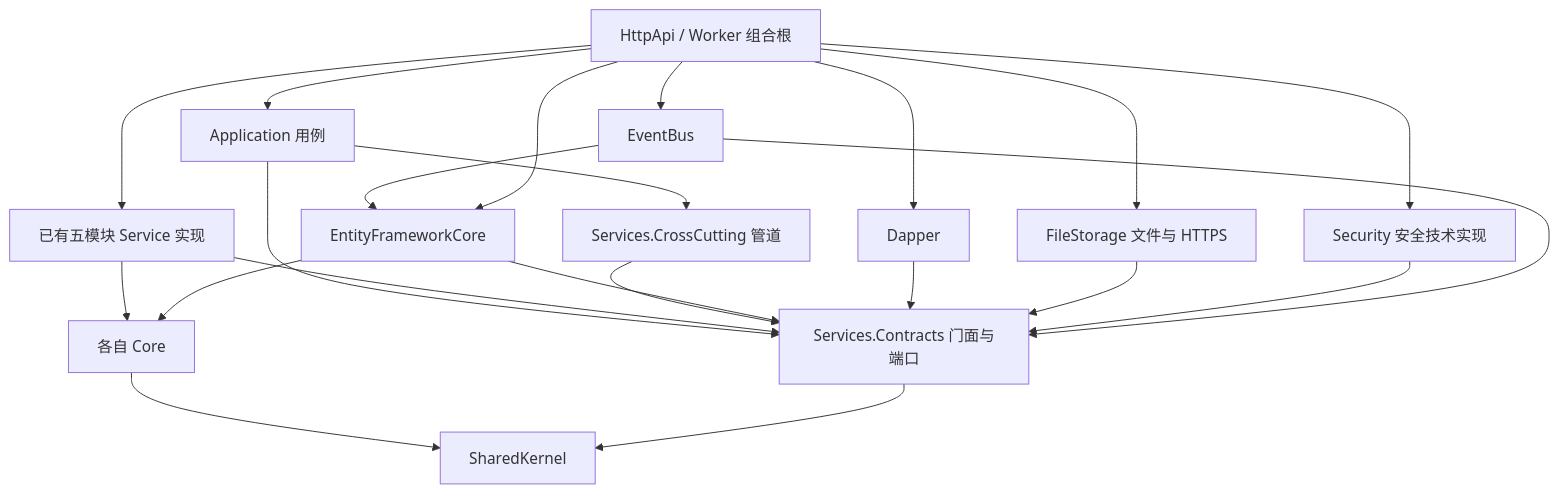
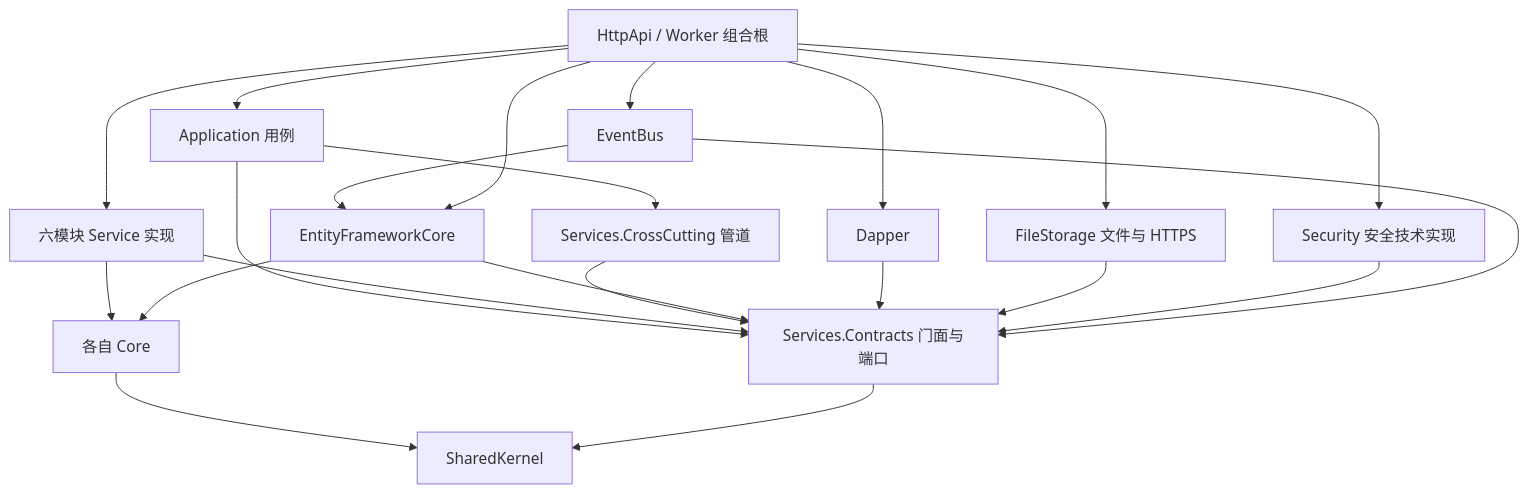
The first of 4 diagrams in docs/软件框架设计.md (ShuJinHao/SoftwareVersionManagement), drawn with Mermaid before and after one commit. The commit also changed other lines of this file and 98 other files, not shown here.

````diff
--- a/docs/软件框架设计.md
+++ b/docs/软件框架设计.md
@@ -166,24 +171,24 @@
 ```mermaid
 flowchart TB
     Hosts[HttpApi / Worker 组合根] --> App[Application 用例]
     App --> CC[Services.CrossCutting 管道]
     App --> Contracts[Services.Contracts 门面与端口]
-    Services[已有五模块 Service 实现] --> Contracts
+    Services[六模块 Service 实现] --> Contracts
     Services --> Core[各自 Core]
     Core --> Kernel[SharedKernel]
     Contracts --> Kernel
     CC --> Contracts
     EF[EntityFrameworkCore] --> Core
     EF --> Contracts
     Dapper[Dapper] --> Contracts
     Files[FileStorage 文件与 HTTPS] --> Contracts
     Hosts --> Files
     Security[Security 安全技术实现] --> Contracts
     Bus[EventBus] --> Contracts
     Bus --> EF
     Hosts --> Services
     Hosts --> EF
     Hosts --> Dapper
     Hosts --> Security
     Hosts --> Bus
 ```
````
